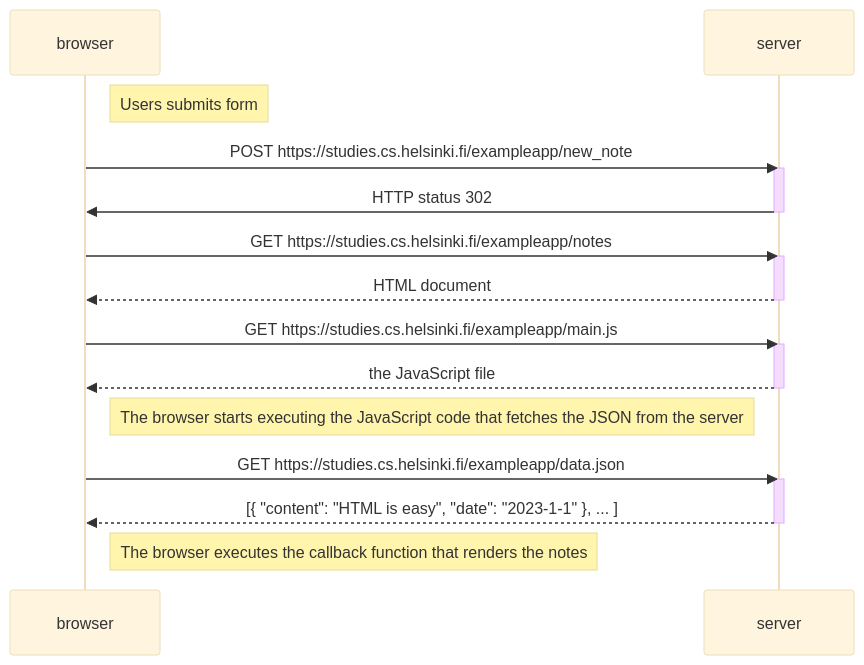
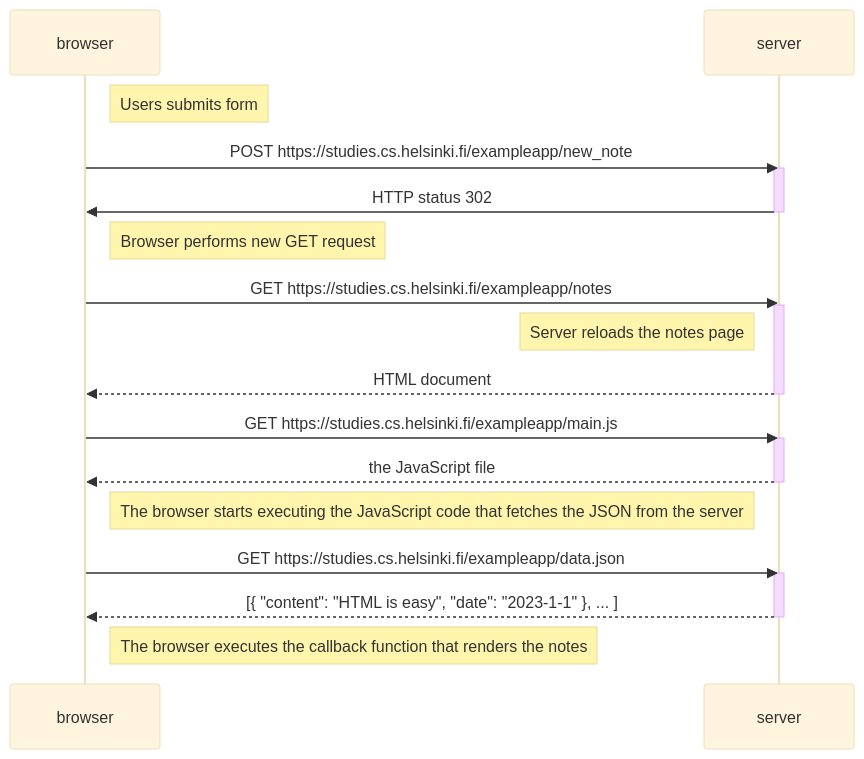
One commit to EimantasPusinskas/uoh changed the diagram in part0/part0-4.md. Above: the diagram before and after it, drawn with Mermaid (base theme).

````diff
--- a/part0/part0-4.md
+++ b/part0/part0-4.md
@@ -3,32 +3,34 @@
 ```mermaid
 sequenceDiagram
     participant browser
     participant server
 
     Note right of browser: Users submits form
     browser->>server: POST https://studies.cs.helsinki.fi/exampleapp/new_note
     activate server
-
     server->>browser: HTTP status 302
     deactivate server
+
+    Note right of browser: Browser performs new GET request 
     browser->>server: GET https://studies.cs.helsinki.fi/exampleapp/notes
     activate server
+    Note left of server: Server reloads the notes page
     server-->>browser: HTML document
     deactivate server
 
      browser->>server: GET https://studies.cs.helsinki.fi/exampleapp/main.js
     activate server
     server-->>browser: the JavaScript file
     deactivate server
 
     Note right of browser: The browser starts executing the JavaScript code that fetches the JSON from the server
 
     browser->>server: GET https://studies.cs.helsinki.fi/exampleapp/data.json
     activate server
     server-->>browser: [{ "content": "HTML is easy", "date": "2023-1-1" }, ... ]
     deactivate server
 
     Note right of browser: The browser executes the callback function that renders the notes
 
 
 ```
````
